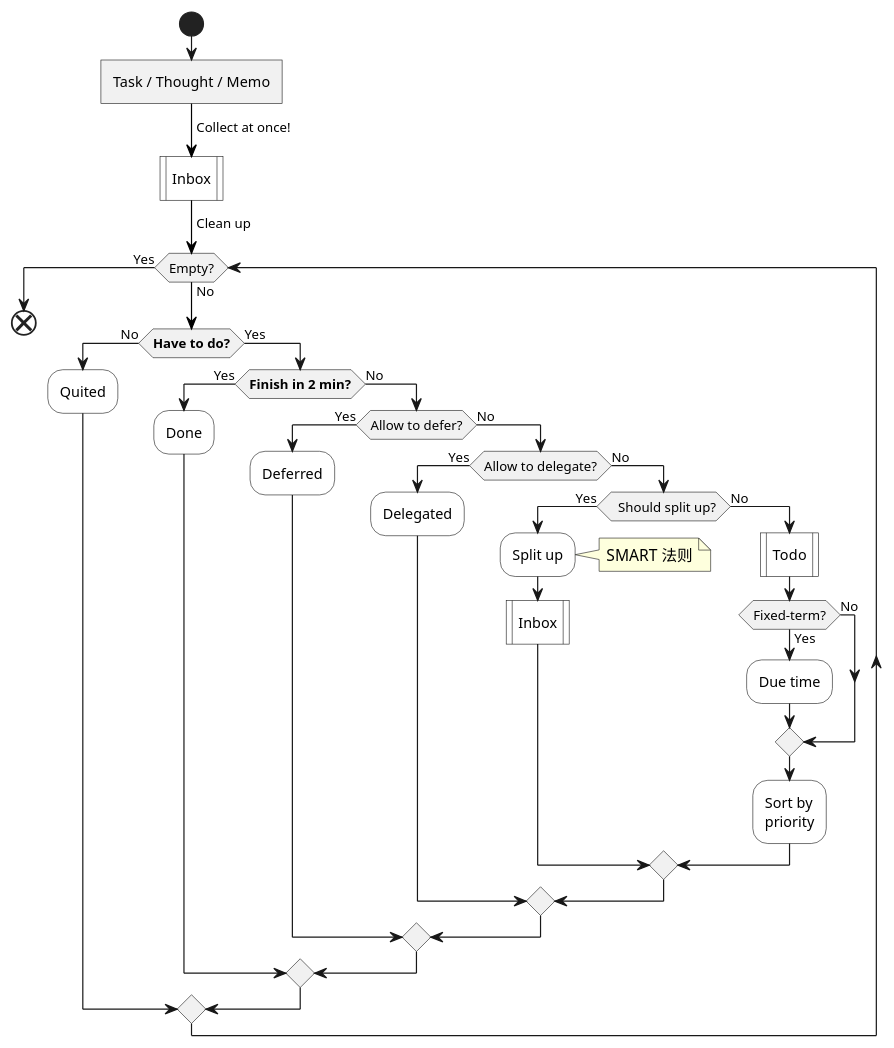
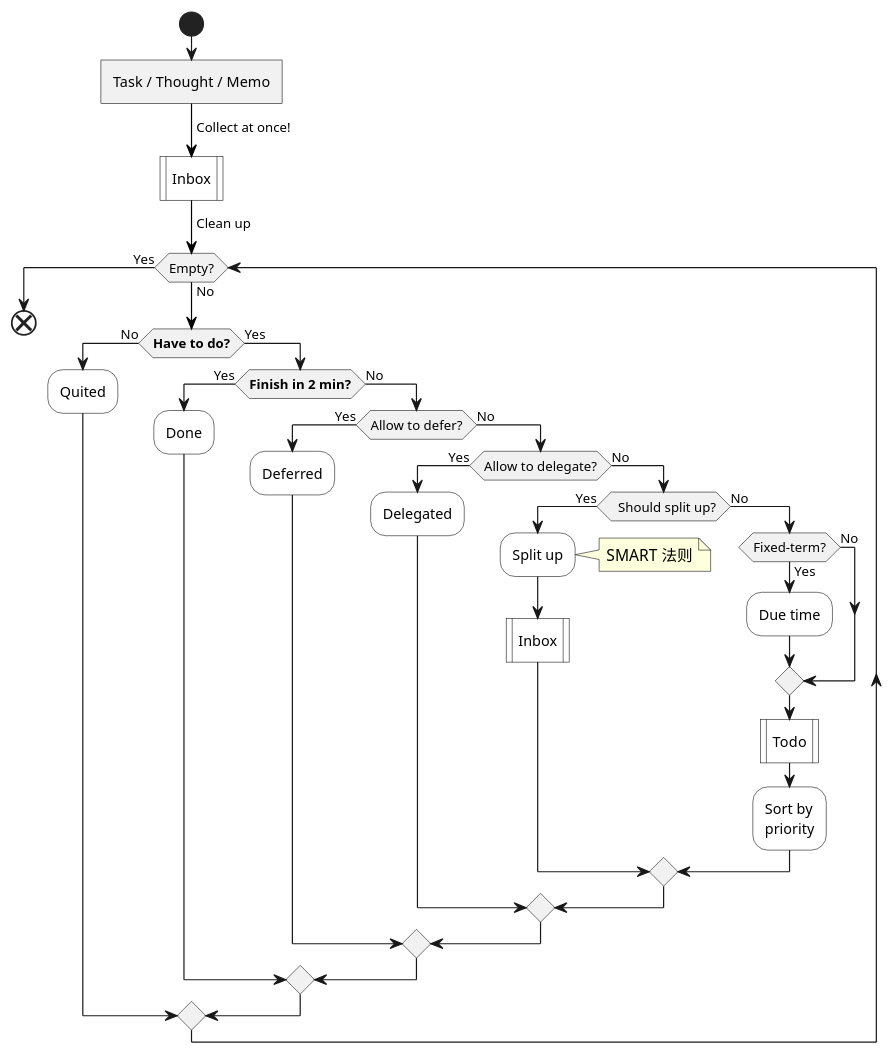
Before and after one commit to IceHe/icehe-lib: the first of 5 diagrams in snips/principles/gtd-actual.md, drawn with PlantUML. The commit also changed other lines of this file and 1 other file, not shown here.

````diff
--- a/snips/principles/gtd-actual.md
+++ b/snips/principles/gtd-actual.md
@@ -5,40 +5,40 @@
 ```plantuml
 @startuml
 start
 :Task / Thought / Memo]
 -[#black]-> Collect at once!;
 #white:Inbox|
 -[#black]-> Clean up;
 while (Empty?) is (No)
     if (**Have to do?**) then (No)
         #white:Quited;
     else (Yes)
         if (**Finish in 2 min?**) then (Yes)
             #white:Done;
         else (No)
             if (Allow to defer?) then (Yes)
                 #white:Deferred;
             else (No)
                 if (Allow to delegate?) then (Yes)
                     #white:Delegated;
                 else (No)
                     if (  Should split up?) then (Yes)
                         #white:Split up;
                         note right : SMART 法则
                         #white:Inbox|
                     else (No)
-                        #white:Todo|
                         if (Fixed-term?) then (Yes)
                             #white:Due time;
                         else (No)
                         endif
+                        #white:Todo|
                         #white:Sort by\npriority;
                     endif
                 endif
             endif
         endif
     endif
 endwhile (Yes)
 end
 @enduml
 ```
````
